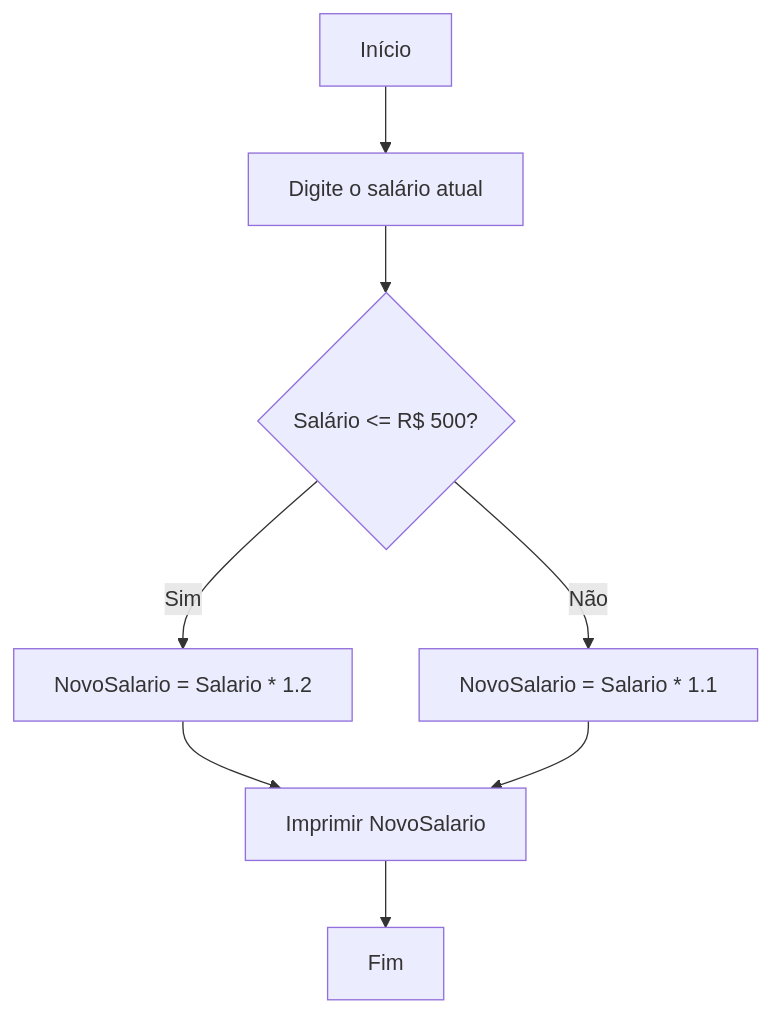
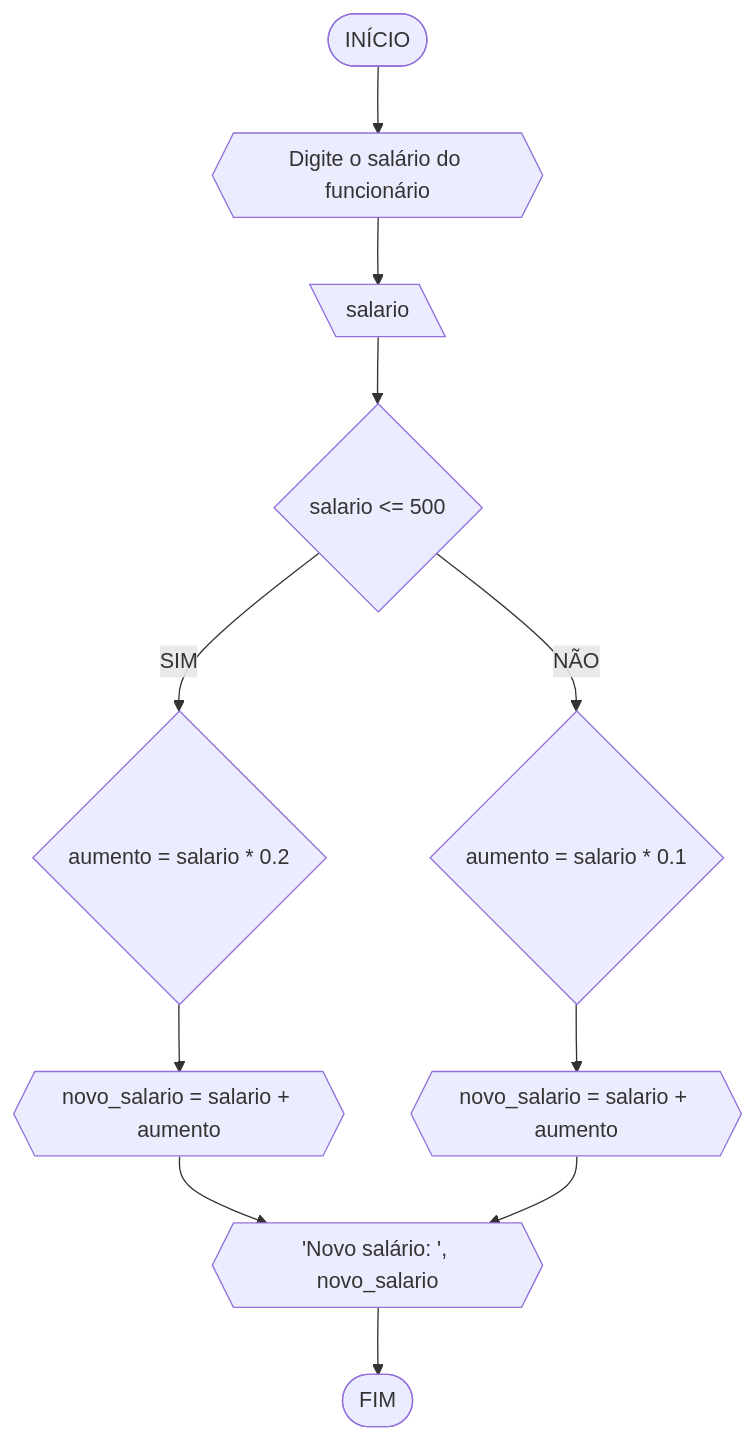
The second of 2 diagrams in RLA/lista_exercícios1.md (KauanDereco/UNIFOR), drawn with Mermaid before and after one commit. The commit also changed other lines of this file, not shown here.

````diff
--- a/RLA/lista_exercícios1.md
+++ b/RLA/lista_exercícios1.md
@@ -49,11 +51,14 @@
 ```mermaid
-graph TD;
-    A[Início] --> B[Digite o salário atual];
-    B --> C{Salário <= R$ 500?};
-    C -->|Sim| D[NovoSalario = Salario * 1.2];
-    C -->|Não| E[NovoSalario = Salario * 1.1];
-    D --> F[Imprimir NovoSalario];
-    E --> F;
-    F --> G[Fim];
+flowchart TD
+A([INÍCIO]) --> B{{Digite o salário do funcionário}}
+B --> C[\salario\]
+C --> D{salario <= 500}
+D -- SIM --> E{aumento = salario * 0.2}
+E --> F{{novo_salario = salario + aumento}}
+F --> G{{'Novo salário: ', novo_salario}}
+G --> H([FIM])
+D -- NÃO --> I{aumento = salario * 0.1}
+I --> J{{novo_salario = salario + aumento}}
+J --> G
 
 ```
````
